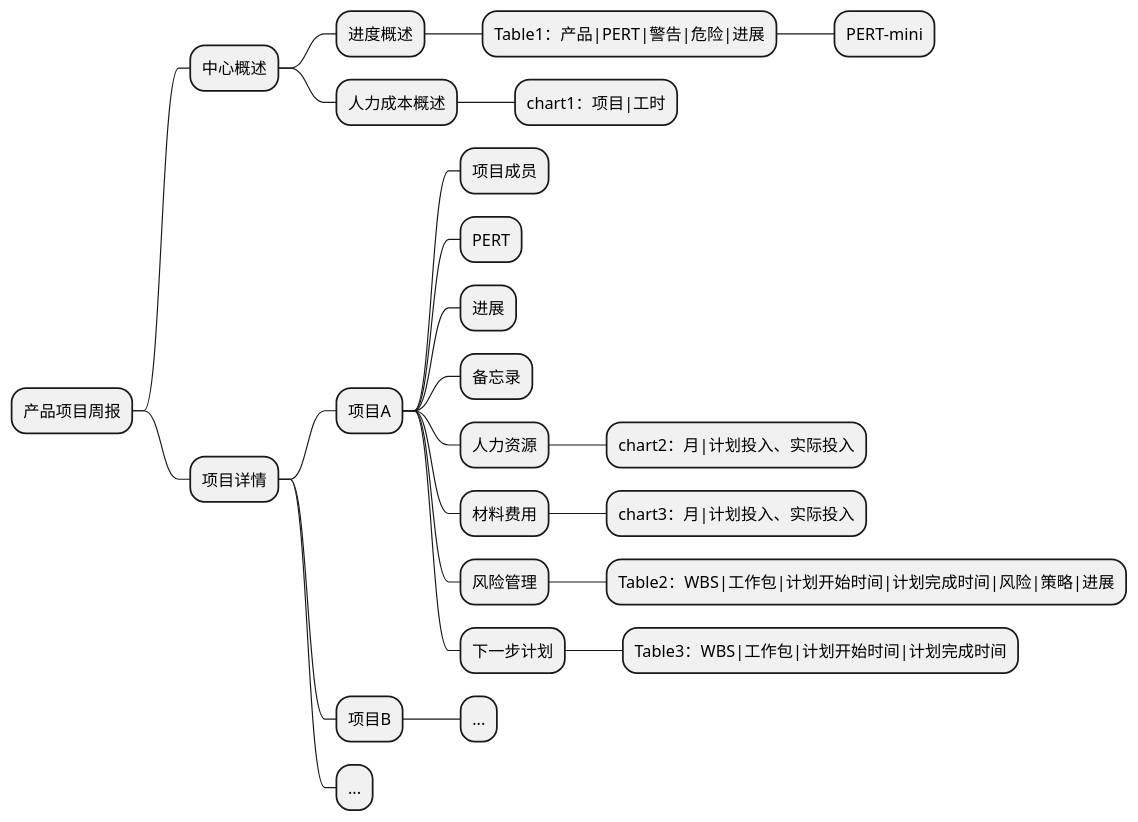
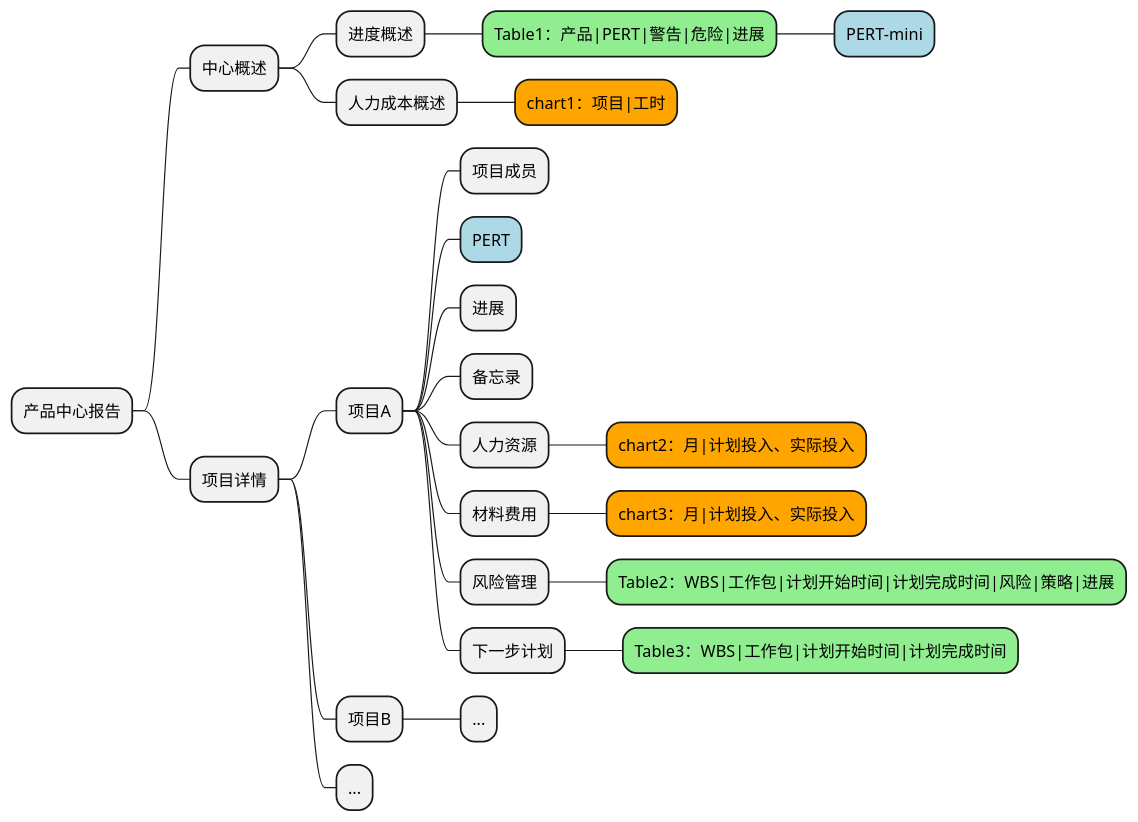
One commit to cruiurc/yjh-pm changed the diagram in source/report/Intro.rst. Above: the diagram before and after it, drawn with PlantUML. The commit also changed other lines of this file, not shown here.

Commit message:
mindmap+color

```diff
--- a/source/report/Intro.rst
+++ b/source/report/Intro.rst
@@ -7,28 +9,28 @@
 .. uml::
    
    @startmindmap
-   + 产品项目周报
+   + 产品中心报告
    ++ 中心概述
    +++ 进度概述
-   ++++ Table1：产品|PERT|警告|危险|进展
-   +++++ PERT-mini
+   ++++[#lightgreen] Table1：产品|PERT|警告|危险|进展
+   +++++[#lightblue] PERT-mini
    +++ 人力成本概述
-   ++++ chart1：项目|工时
+   ++++[#orange] chart1：项目|工时
    ++ 项目详情
    +++ 项目A
    ++++ 项目成员
-   ++++ PERT
+   ++++[#lightblue] PERT
    ++++ 进展
    ++++ 备忘录
    ++++ 人力资源
-   +++++ chart2：月|计划投入、实际投入
+   +++++[#orange] chart2：月|计划投入、实际投入
    ++++ 材料费用
-   +++++ chart3：月|计划投入、实际投入
+   +++++[#orange] chart3：月|计划投入、实际投入
    ++++ 风险管理
-   +++++ Table2：WBS|工作包|计划开始时间|计划完成时间|风险|策略|进展
+   +++++[#lightgreen] Table2：WBS|工作包|计划开始时间|计划完成时间|风险|策略|进展
    ++++ 下一步计划
-   +++++ Table3：WBS|工作包|计划开始时间|计划完成时间
+   +++++[#lightgreen] Table3：WBS|工作包|计划开始时间|计划完成时间
    +++ 项目B
    ++++ ...
    +++ ...
    @endmindmap
```
